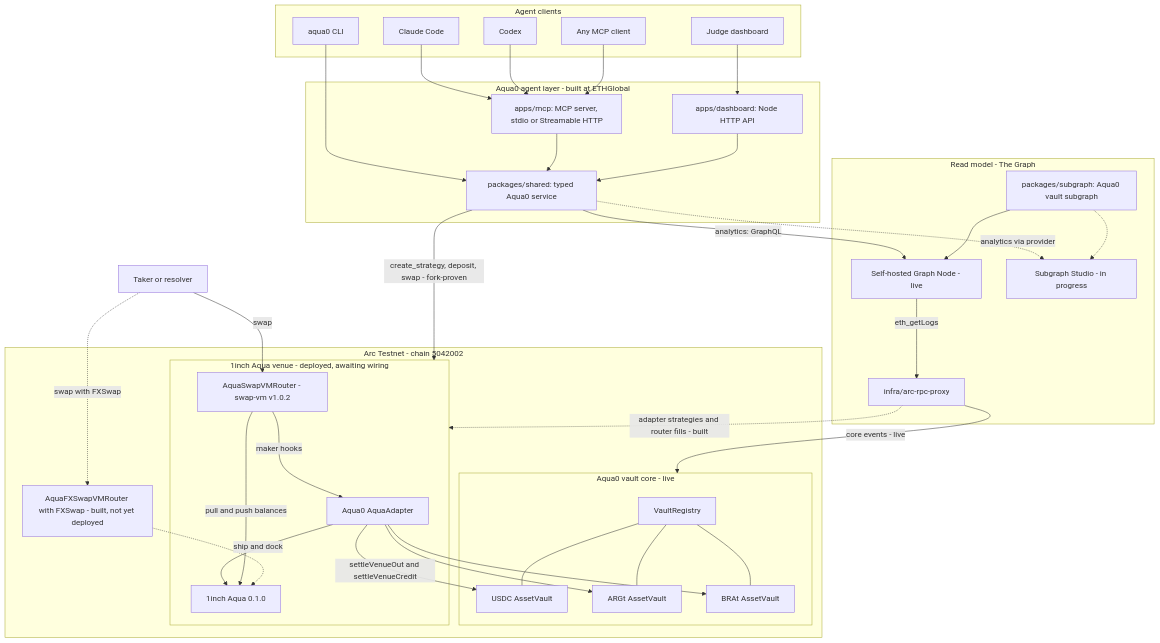
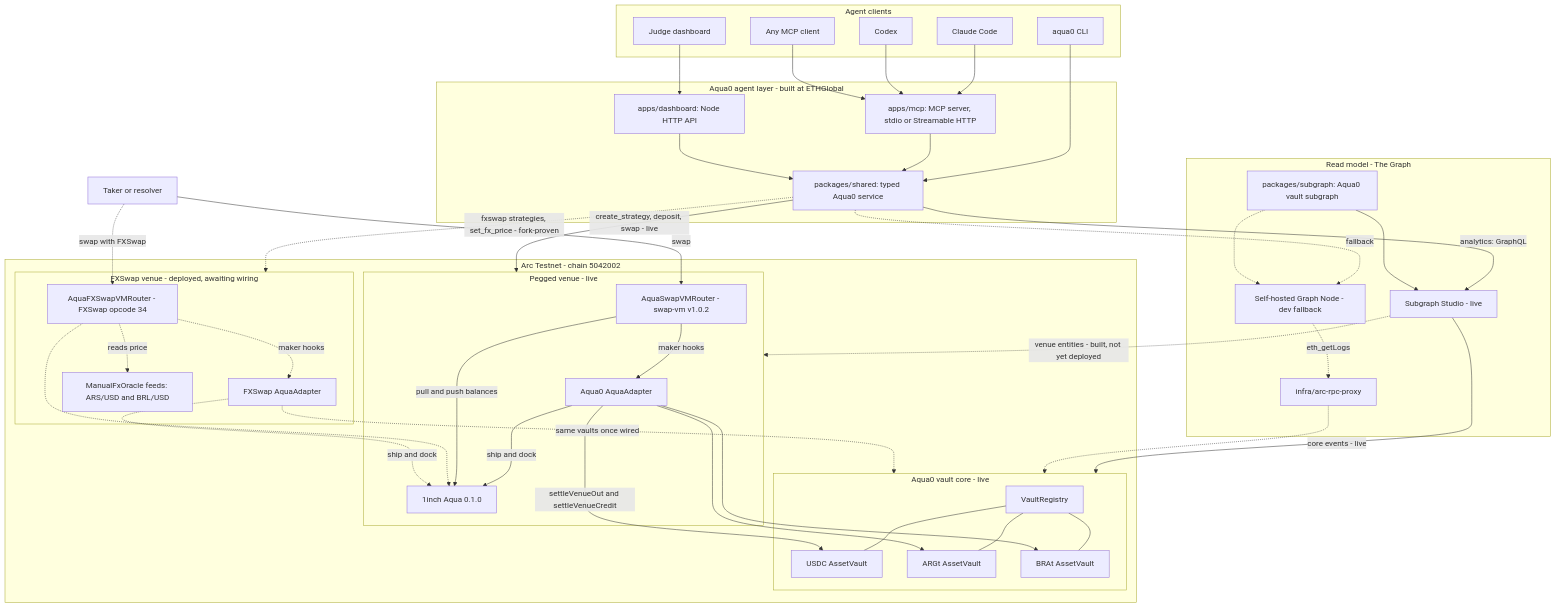
One commit to Aqua0-fi/aqua0-ethglobal changed the diagram in docs/ARCHITECTURE.md. Above: the diagram before and after it, drawn with Mermaid. The commit also changed other lines of this file and 8 other files, not shown here.

Commit message:
docs: record the live Arc run, the FXSwap venue and add the Aqua0 agent skill

````diff
--- a/docs/ARCHITECTURE.md
+++ b/docs/ARCHITECTURE.md
@@ -14,70 +14,80 @@
 ```mermaid
 flowchart TB
   subgraph CLIENTS["Agent clients"]
     CC["Claude Code"]
     CDX["Codex"]
     ANYC["Any MCP client"]
     CLI["aqua0 CLI"]
     WEB["Judge dashboard"]
   end
 
   subgraph LAYER["Aqua0 agent layer - built at ETHGlobal"]
     MCP["apps/mcp: MCP server, stdio or Streamable HTTP"]
     DAPI["apps/dashboard: Node HTTP API"]
     SVC["packages/shared: typed Aqua0 service"]
   end
 
   subgraph READM["Read model - The Graph"]
     SG["packages/subgraph: Aqua0 vault subgraph"]
-    GN["Self-hosted Graph Node - live"]
-    STU["Subgraph Studio - in progress"]
+    STU["Subgraph Studio - live"]
+    GN["Self-hosted Graph Node - dev fallback"]
     PX["infra/arc-rpc-proxy"]
   end
 
   subgraph ARC["Arc Testnet - chain 5042002"]
     subgraph CORE["Aqua0 vault core - live"]
       REG["VaultRegistry"]
       VU["USDC AssetVault"]
       VA["ARGt AssetVault"]
       VB["BRAt AssetVault"]
     end
-    subgraph VENUE["1inch Aqua venue - deployed, awaiting wiring"]
+    subgraph VENUE["Pegged venue - live"]
       AD["Aqua0 AquaAdapter"]
       AQ["1inch Aqua 0.1.0"]
       RT["AquaSwapVMRouter - swap-vm v1.0.2"]
     end
-    FXR["AquaFXSwapVMRouter with FXSwap - built, not yet deployed"]
+    subgraph FXVENUE["FXSwap venue - deployed, awaiting wiring"]
+      FXAD["FXSwap AquaAdapter"]
+      FXR["AquaFXSwapVMRouter - FXSwap opcode 34"]
+      FEEDS["ManualFxOracle feeds: ARS/USD and BRL/USD"]
+    end
   end
 
   TAKER["Taker or resolver"]
 
   CC --> MCP
   CDX --> MCP
   ANYC --> MCP
   CLI --> SVC
   WEB --> DAPI
   MCP --> SVC
   DAPI --> SVC
 
-  SVC -->|"analytics: GraphQL"| GN
-  SVC -.->|"analytics via provider"| STU
-  SG --> GN
-  SG -.-> STU
-  GN -->|"eth_getLogs"| PX
-  PX -->|"core events - live"| CORE
-  PX -.->|"adapter strategies and router fills - built"| VENUE
-  SVC -->|"create_strategy, deposit, swap - fork-proven"| VENUE
+  SVC -->|"analytics: GraphQL"| STU
+  SVC -.->|"fallback"| GN
+  SG --> STU
+  SG -.-> GN
+  STU -->|"core events - live"| CORE
+  STU -.->|"venue entities - built, not yet deployed"| VENUE
+  GN -.->|"eth_getLogs"| PX
+  PX -.-> CORE
+  SVC -->|"create_strategy, deposit, swap - live"| VENUE
+  SVC -.->|"fxswap strategies, set_fx_price - fork-proven"| FXVENUE
 
   REG --- VU
   REG --- VA
   REG --- VB
   AD -->|"ship and dock"| AQ
   TAKER -->|"swap"| RT
   TAKER -.->|"swap with FXSwap"| FXR
   RT -->|"pull and push balances"| AQ
+  RT -->|"maker hooks"| AD
+  FXR -.->|"reads price"| FEEDS
   FXR -.-> AQ
-  RT -->|"maker hooks"| AD
+  FXR -.->|"maker hooks"| FXAD
+  FXAD -.->|"ship and dock"| AQ
   AD -->|"settleVenueOut and settleVenueCredit"| VU
   AD --> VA
   AD --> VB
+  FXAD -.->|"same vaults once wired"| CORE
 ```
````
